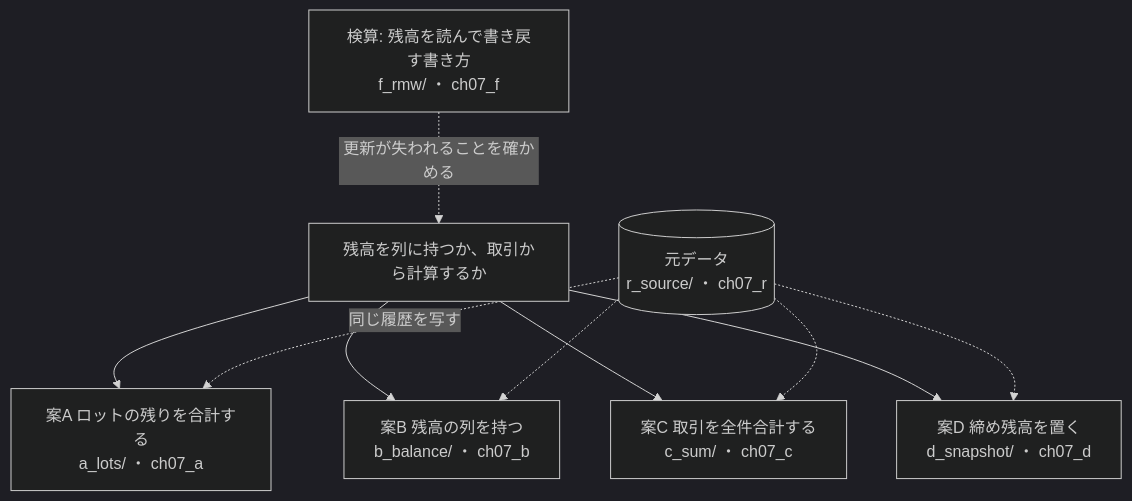
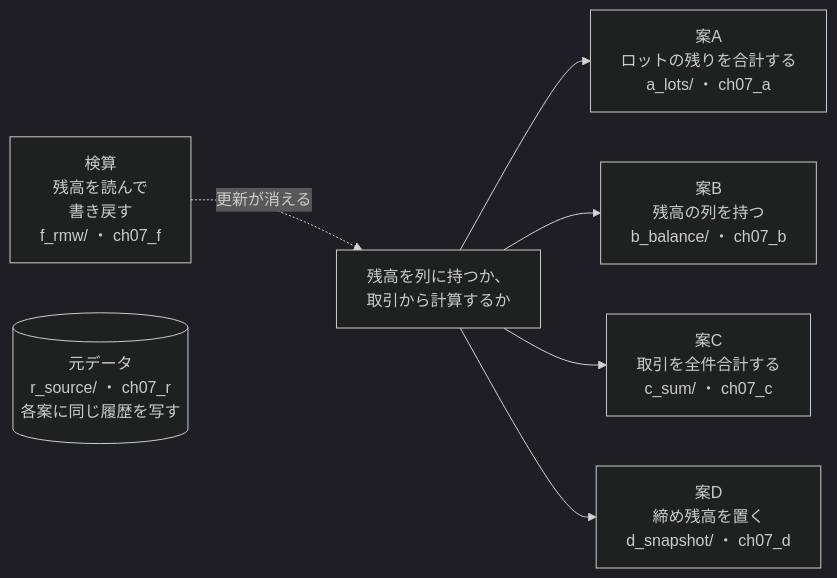
Before and after one commit to driftnode986/postgresql-db-design-samples: the first of 9 diagrams in ch07_point_balance/README.md, drawn with Mermaid (dark theme). The commit also changed other lines of this file and 15 other files, not shown here.

First line of the commit message:
docs: 設計案の構成図を縦並びにし、幅の広い ER 図を分けて、GitHub で縮まない大きさにする

````diff
--- a/ch07_point_balance/README.md
+++ b/ch07_point_balance/README.md
@@ -16,14 +16,11 @@
 ```mermaid
-flowchart TD
-  Q["残高を列に持つか、取引から計算するか"]
-  R[("元データ<br/>r_source/ ・ ch07_r")]
-  Q --> A["案A ロットの残りを合計する<br/>a_lots/ ・ ch07_a"]
-  Q --> B["案B 残高の列を持つ<br/>b_balance/ ・ ch07_b"]
-  Q --> C["案C 取引を全件合計する<br/>c_sum/ ・ ch07_c"]
-  Q --> D["案D 締め残高を置く<br/>d_snapshot/ ・ ch07_d"]
-  F["検算: 残高を読んで書き戻す書き方<br/>f_rmw/ ・ ch07_f"] -.->|更新が失われることを確かめる| Q
-  R -.->|同じ履歴を写す| A
-  R -.-> B
-  R -.-> C
-  R -.-> D
+flowchart LR
+  F["検算<br/>残高を読んで<br/>書き戻す<br/>f_rmw/ ・ ch07_f"] -.->|更新が消える| Q
+  Q["残高を列に持つか、<br/>取引から計算するか"]
+  R[("元データ<br/>r_source/ ・ ch07_r<br/>各案に同じ履歴を写す")]
+  Q --> A["案A<br/>ロットの残りを合計する<br/>a_lots/ ・ ch07_a"]
+  Q --> B["案B<br/>残高の列を持つ<br/>b_balance/ ・ ch07_b"]
+  Q --> C["案C<br/>取引を全件合計する<br/>c_sum/ ・ ch07_c"]
+  Q --> D["案D<br/>締め残高を置く<br/>d_snapshot/ ・ ch07_d"]
+  R ~~~ Q
 ```
````
